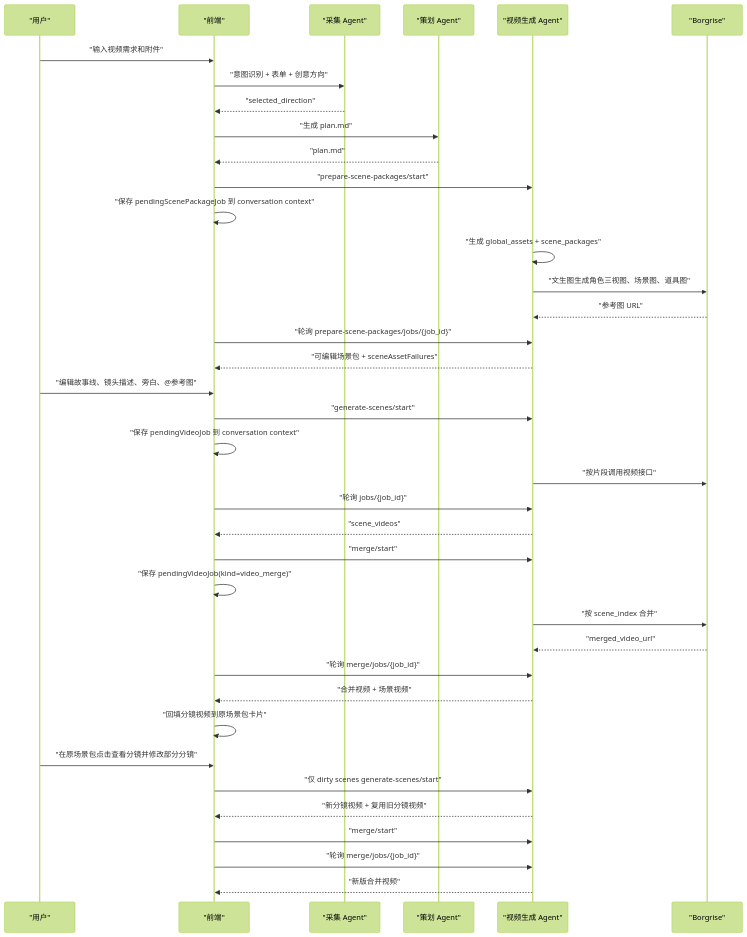
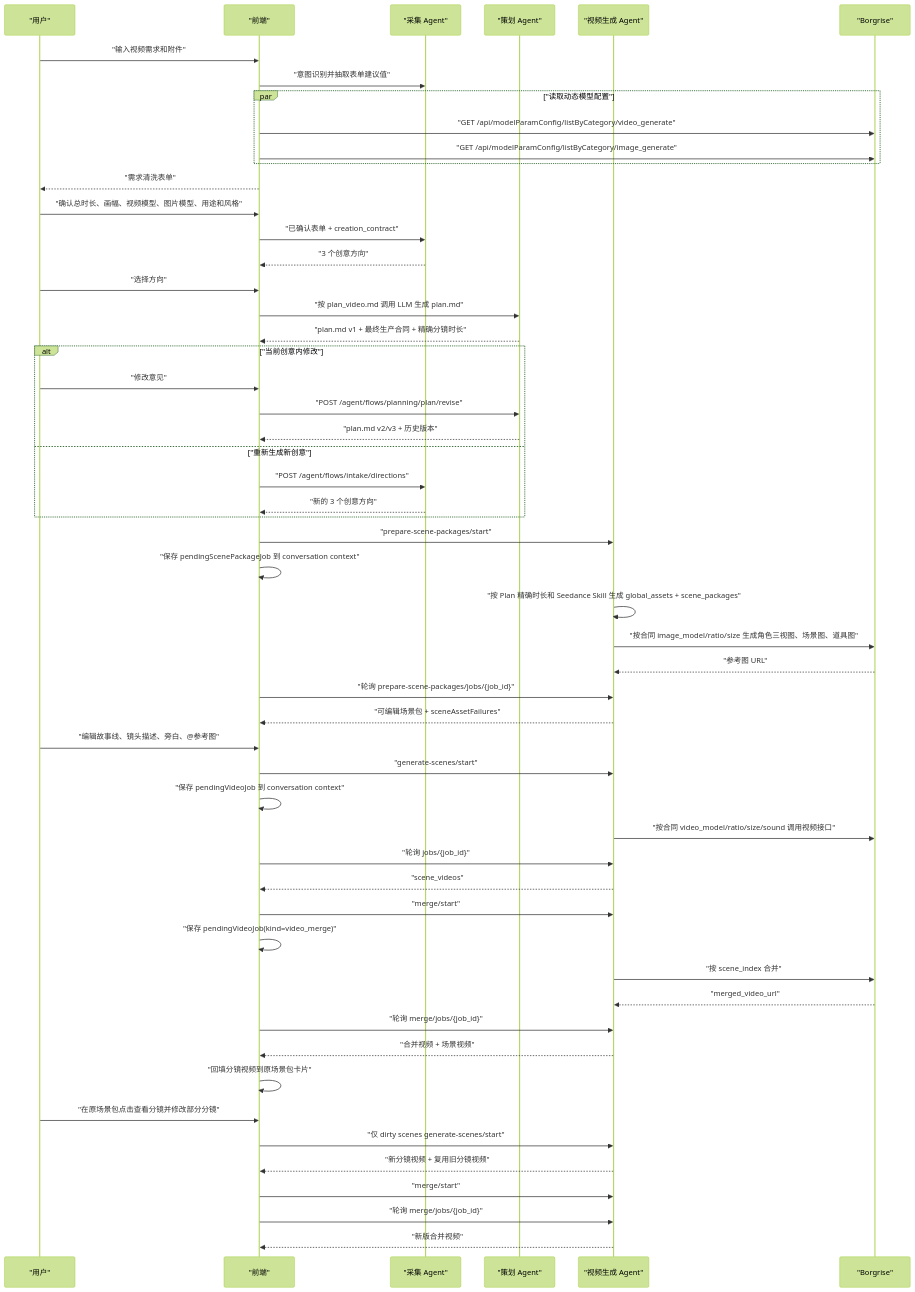
One commit to joyslxd/pixelflow changed the sixth of 7 diagrams in docs/pixelflow-agent-skill-flow-latest-design.md. Above: the diagram before and after it, drawn with Mermaid (forest theme). The commit also changed other lines of this file and 3 other files, not shown here.

Commit message:
docs: document video creation contract

````diff
--- a/docs/pixelflow-agent-skill-flow-latest-design.md
+++ b/docs/pixelflow-agent-skill-flow-latest-design.md
@@ -460,40 +505,56 @@
 ```mermaid
 sequenceDiagram
   participant U as "用户"
   participant FE as "前端"
   participant IA as "采集 Agent"
   participant PA as "策划 Agent"
   participant VA as "视频生成 Agent"
   participant BG as "Borgrise"
   U->>FE: "输入视频需求和附件"
-  FE->>IA: "意图识别 + 表单 + 创意方向"
-  IA-->>FE: "selected_direction"
-  FE->>PA: "生成 plan.md"
-  PA-->>FE: "plan.md"
+  FE->>IA: "意图识别并抽取表单建议值"
+  par "读取动态模型配置"
+    FE->>BG: "GET /api/modelParamConfig/listByCategory/video_generate"
+    FE->>BG: "GET /api/modelParamConfig/listByCategory/image_generate"
+  end
+  FE-->>U: "需求清洗表单"
+  U->>FE: "确认总时长、画幅、视频模型、图片模型、用途和风格"
+  FE->>IA: "已确认表单 + creation_contract"
+  IA-->>FE: "3 个创意方向"
+  U->>FE: "选择方向"
+  FE->>PA: "按 plan_video.md 调用 LLM 生成 plan.md"
+  PA-->>FE: "plan.md v1 + 最终生产合同 + 精确分镜时长"
+  alt "当前创意内修改"
+    U->>FE: "修改意见"
+    FE->>PA: "POST /agent/flows/planning/plan/revise"
+    PA-->>FE: "plan.md v2/v3 + 历史版本"
+  else "重新生成新创意"
+    FE->>IA: "POST /agent/flows/intake/directions"
+    IA-->>FE: "新的 3 个创意方向"
+  end
   FE->>VA: "prepare-scene-packages/start"
   FE->>FE: "保存 pendingScenePackageJob 到 conversation context"
-  VA->>VA: "生成 global_assets + scene_packages"
-  VA->>BG: "文生图生成角色三视图、场景图、道具图"
+  VA->>VA: "按 Plan 精确时长和 Seedance Skill 生成 global_assets + scene_packages"
+  VA->>BG: "按合同 image_model/ratio/size 生成角色三视图、场景图、道具图"
   BG-->>VA: "参考图 URL"
   FE->>VA: "轮询 prepare-scene-packages/jobs/{job_id}"
   VA-->>FE: "可编辑场景包 + sceneAssetFailures"
   U->>FE: "编辑故事线、镜头描述、旁白、@参考图"
   FE->>VA: "generate-scenes/start"
   FE->>FE: "保存 pendingVideoJob 到 conversation context"
-  VA->>BG: "按片段调用视频接口"
+  VA->>BG: "按合同 video_model/ratio/size/sound 调用视频接口"
   FE->>VA: "轮询 jobs/{job_id}"
   VA-->>FE: "scene_videos"
   FE->>VA: "merge/start"
   FE->>FE: "保存 pendingVideoJob(kind=video_merge)"
   VA->>BG: "按 scene_index 合并"
   BG-->>VA: "merged_video_url"
   FE->>VA: "轮询 merge/jobs/{job_id}"
   VA-->>FE: "合并视频 + 场景视频"
   FE->>FE: "回填分镜视频到原场景包卡片"
   U->>FE: "在原场景包点击查看分镜并修改部分分镜"
   FE->>VA: "仅 dirty scenes generate-scenes/start"
   VA-->>FE: "新分镜视频 + 复用旧分镜视频"
   FE->>VA: "merge/start"
   FE->>VA: "轮询 merge/jobs/{job_id}"
   VA-->>FE: "新版合并视频"
 ```
````
